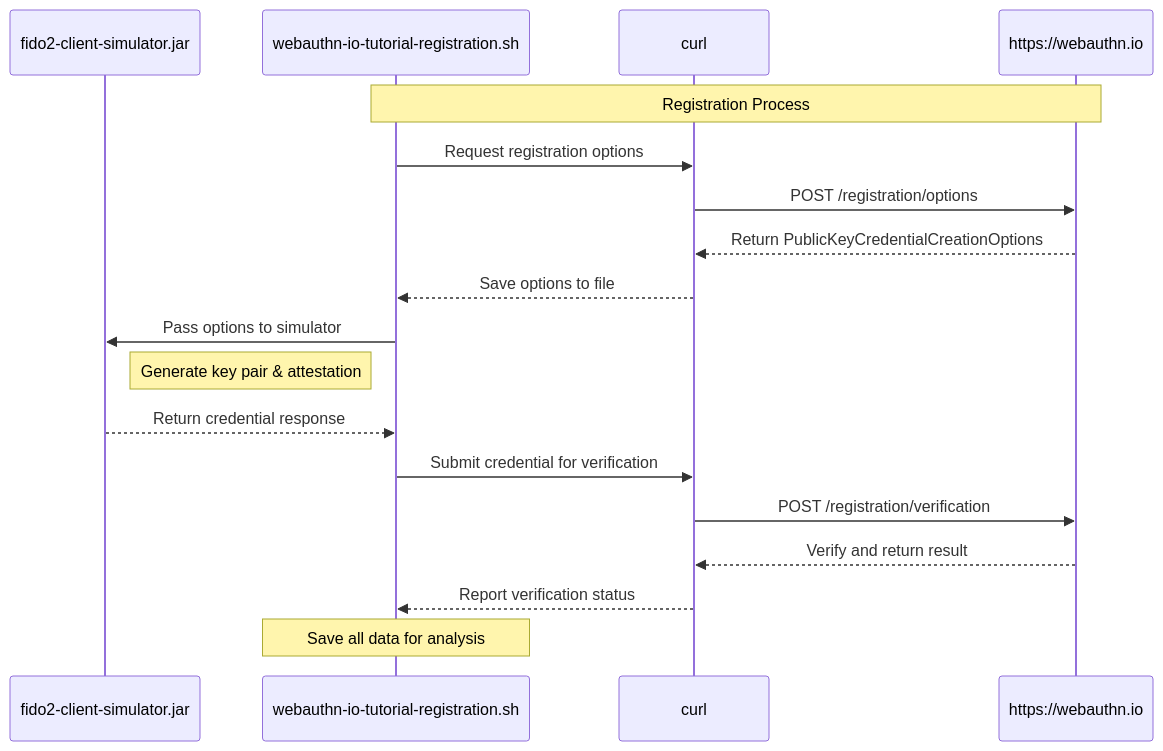
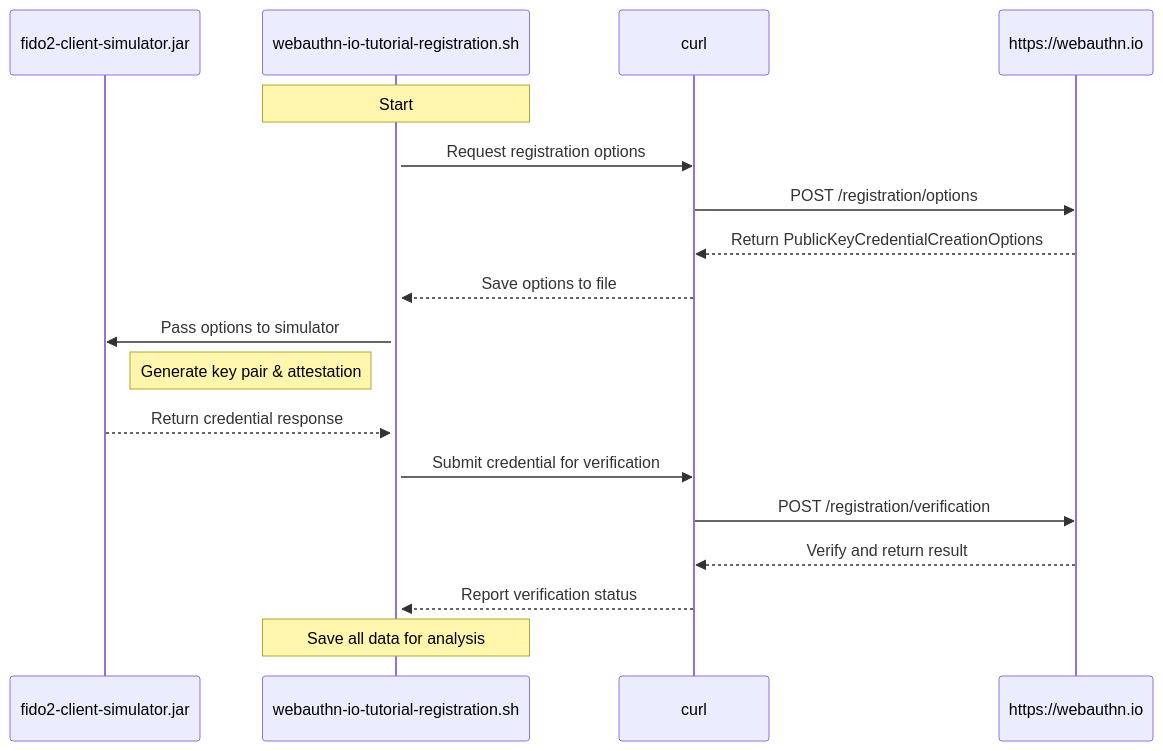
The first of 2 diagrams in README.md (jordi-murgo/fido2-client-simulator), drawn with Mermaid before and after one commit. The commit also changed other lines of this file, not shown here.

Commit message:
docs: improve sequence diagram readability by adding activation bars and start notes

````diff
--- a/README.md
+++ b/README.md
@@ -411,25 +411,26 @@
 ```mermaid
 sequenceDiagram
     participant Simulator as fido2-client-simulator.jar
     participant Script as webauthn-io-tutorial-registration.sh
     participant Curl as curl
     participant WebAuthn as https://webauthn.io
 
-    Note over Script,WebAuthn: Registration Process
+    activate Script
+    Note over Script: Start
     
     Script->>Curl: Request registration options
     Curl->>WebAuthn: POST /registration/options
     WebAuthn-->>Curl: Return PublicKeyCredentialCreationOptions
     Curl-->>Script: Save options to file
     
     Script->>Simulator: Pass options to simulator
     Note right of Simulator: Generate key pair & attestation
     Simulator-->>Script: Return credential response
     
     Script->>Curl: Submit credential for verification
     Curl->>WebAuthn: POST /registration/verification
     WebAuthn-->>Curl: Verify and return result
     Curl-->>Script: Report verification status
     
     Note over Script: Save all data for analysis
 ```
````
